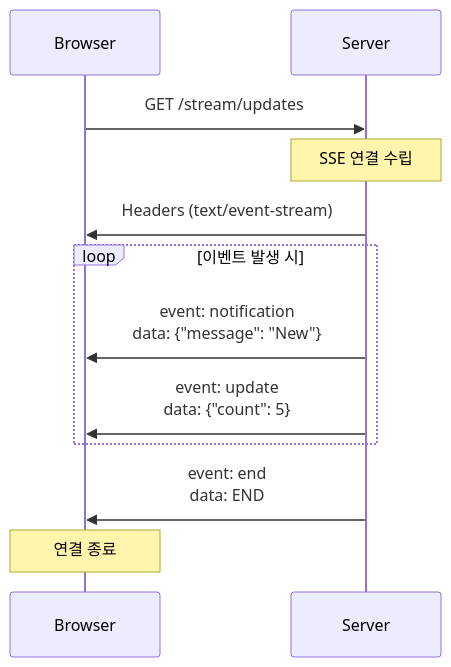
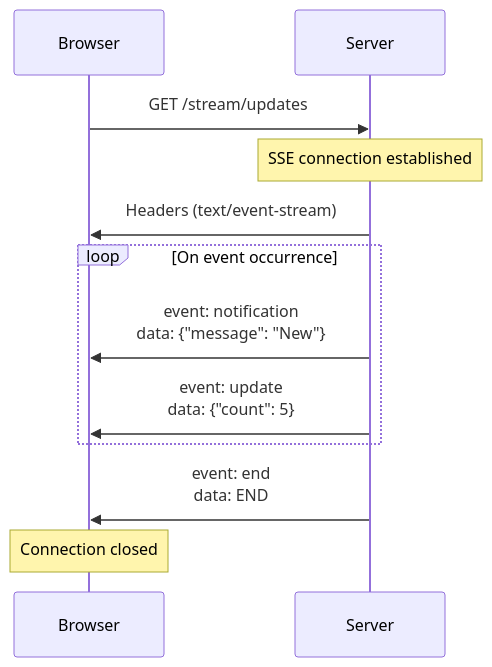
One commit to cartanova-ai/sonamu changed the second of 2 diagrams in modules/docs/en/advanced-features/sse/sse-setup.mdx. Above: the diagram before and after it, drawn with Mermaid. The commit also changed other lines of this file and 86 other files, not shown here.

````diff
--- a/modules/docs/en/advanced-features/sse/sse-setup.mdx
+++ b/modules/docs/en/advanced-features/sse/sse-setup.mdx
@@ -121,17 +121,17 @@
 ```mermaid
 sequenceDiagram
     participant Browser
     participant Server
 
     Browser->>Server: GET /stream/updates
-    Note over Server: SSE 연결 수립
+    Note over Server: SSE connection established
     Server->>Browser: Headers (text/event-stream)
-    
-    loop 이벤트 발생 시
+
+    loop On event occurrence
         Server->>Browser: event: notification<br/>data: {"message": "New"}
         Server->>Browser: event: update<br/>data: {"count": 5}
     end
-    
+
     Server->>Browser: event: end<br/>data: END
-    Note over Browser: 연결 종료
+    Note over Browser: Connection closed
 ```
````
